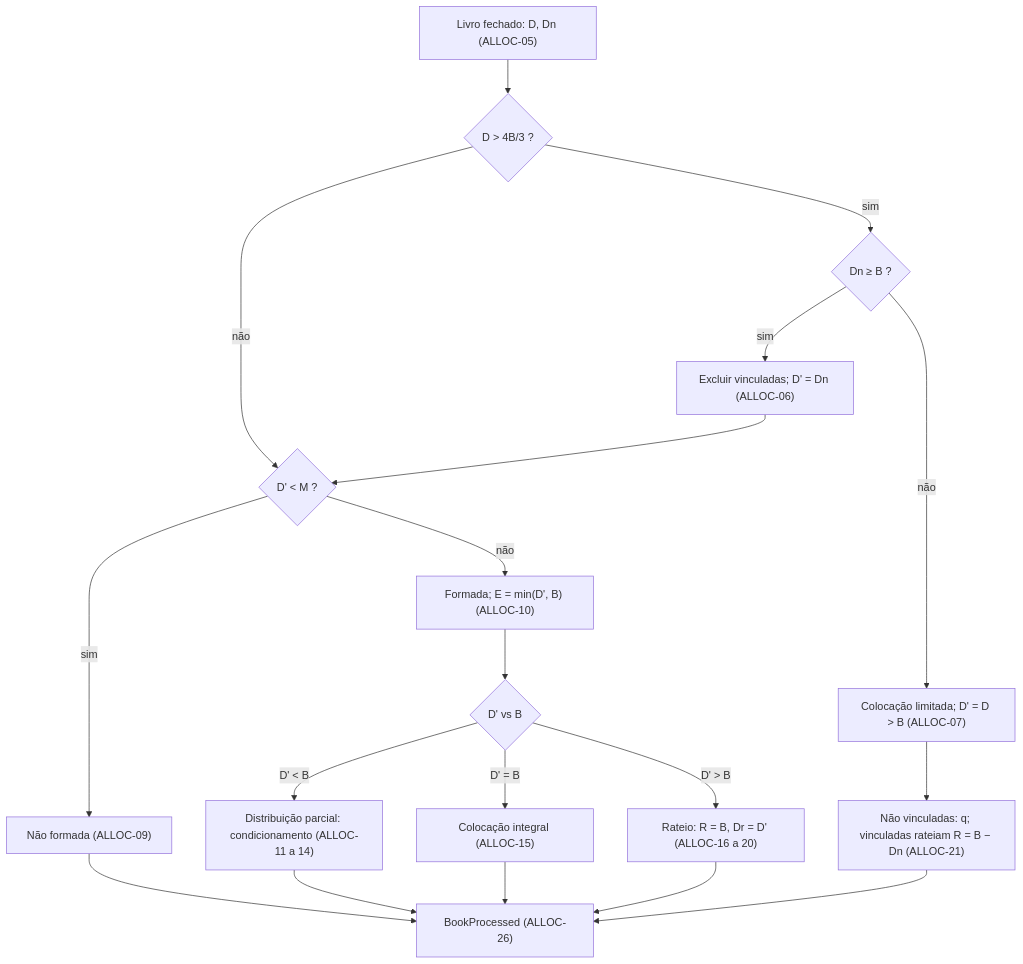
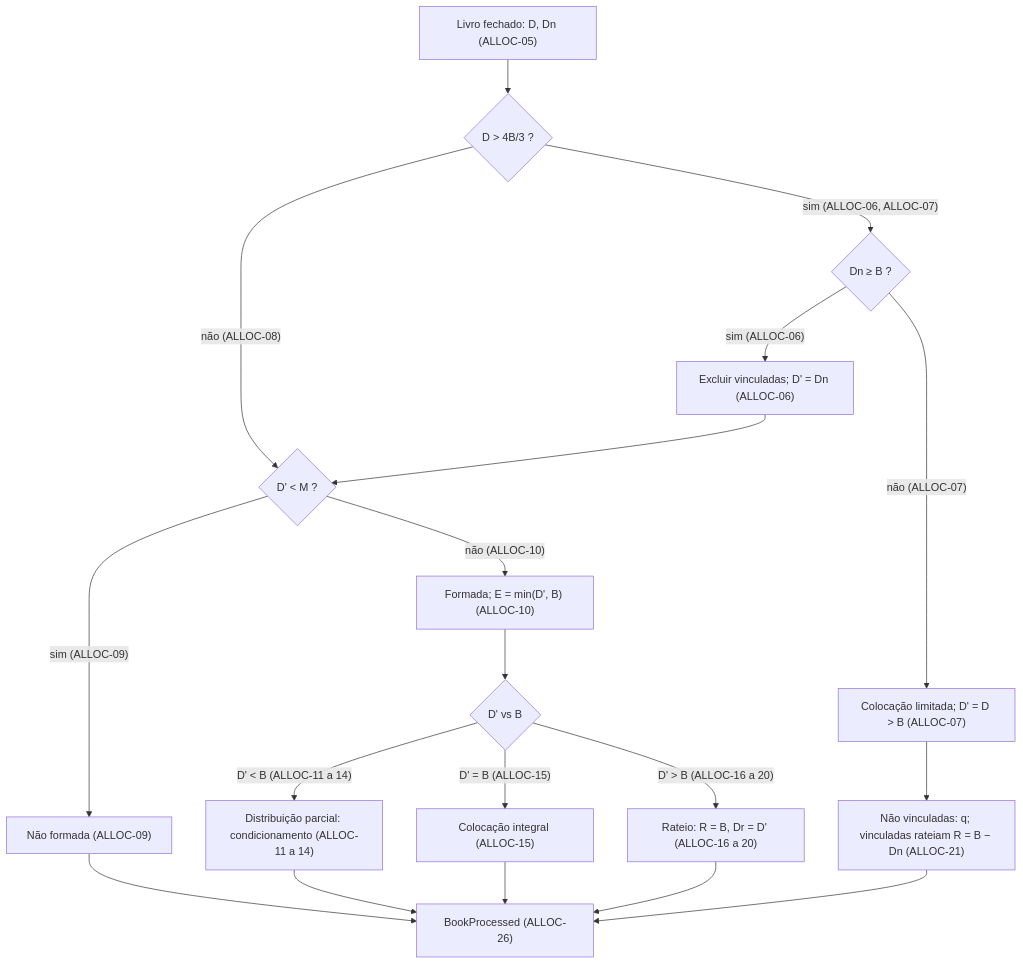
The diagram in docs/prd/0003-allocation-book-processing.md (guilhermesalvi/fund-distribution-platform), drawn with Mermaid before and after one commit. The commit also changed other lines of this file and 3 other files, not shown here.

````diff
--- a/docs/prd/0003-allocation-book-processing.md
+++ b/docs/prd/0003-allocation-book-processing.md
@@ -35,21 +35,21 @@
 ```mermaid
 flowchart TD
     n0["Livro fechado: D, Dn (ALLOC-05)"] --> n1{"D > 4B/3 ?"}
-    n1 -- "não" --> n4
-    n1 -- "sim" --> n2{"Dn ≥ B ?"}
-    n2 -- "sim" --> n3["Excluir vinculadas; D' = Dn (ALLOC-06)"]
-    n2 -- "não" --> n7["Colocação limitada; D' = D > B (ALLOC-07)"]
+    n1 -- "não (ALLOC-08)" --> n4
+    n1 -- "sim (ALLOC-06, ALLOC-07)" --> n2{"Dn ≥ B ?"}
+    n2 -- "sim (ALLOC-06)" --> n3["Excluir vinculadas; D' = Dn (ALLOC-06)"]
+    n2 -- "não (ALLOC-07)" --> n7["Colocação limitada; D' = D > B (ALLOC-07)"]
     n3 --> n4{"D' < M ?"}
-    n4 -- "sim" --> n5["Não formada (ALLOC-09)"]
-    n4 -- "não" --> n6["Formada; E = min(D', B) (ALLOC-10)"]
+    n4 -- "sim (ALLOC-09)" --> n5["Não formada (ALLOC-09)"]
+    n4 -- "não (ALLOC-10)" --> n6["Formada; E = min(D', B) (ALLOC-10)"]
     n6 --> n8{"D' vs B"}
-    n8 -- "D' < B" --> n9["Distribuição parcial: condicionamento (ALLOC-11 a 14)"]
-    n8 -- "D' = B" --> n10["Colocação integral (ALLOC-15)"]
-    n8 -- "D' > B" --> n11["Rateio: R = B, Dr = D' (ALLOC-16 a 20)"]
+    n8 -- "D' < B (ALLOC-11 a 14)" --> n9["Distribuição parcial: condicionamento (ALLOC-11 a 14)"]
+    n8 -- "D' = B (ALLOC-15)" --> n10["Colocação integral (ALLOC-15)"]
+    n8 -- "D' > B (ALLOC-16 a 20)" --> n11["Rateio: R = B, Dr = D' (ALLOC-16 a 20)"]
     n7 --> n12["Não vinculadas: q; vinculadas rateiam R = B − Dn (ALLOC-21)"]
     n5 --> n13["BookProcessed (ALLOC-26)"]
     n9 --> n13
     n10 --> n13
     n11 --> n13
     n12 --> n13
 ```
````
